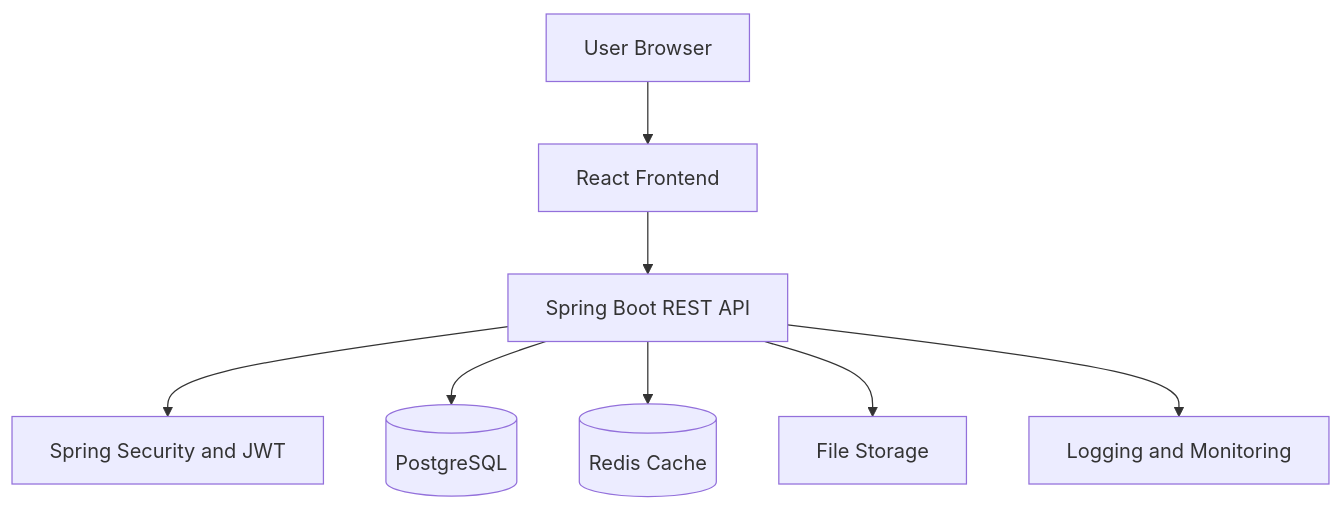
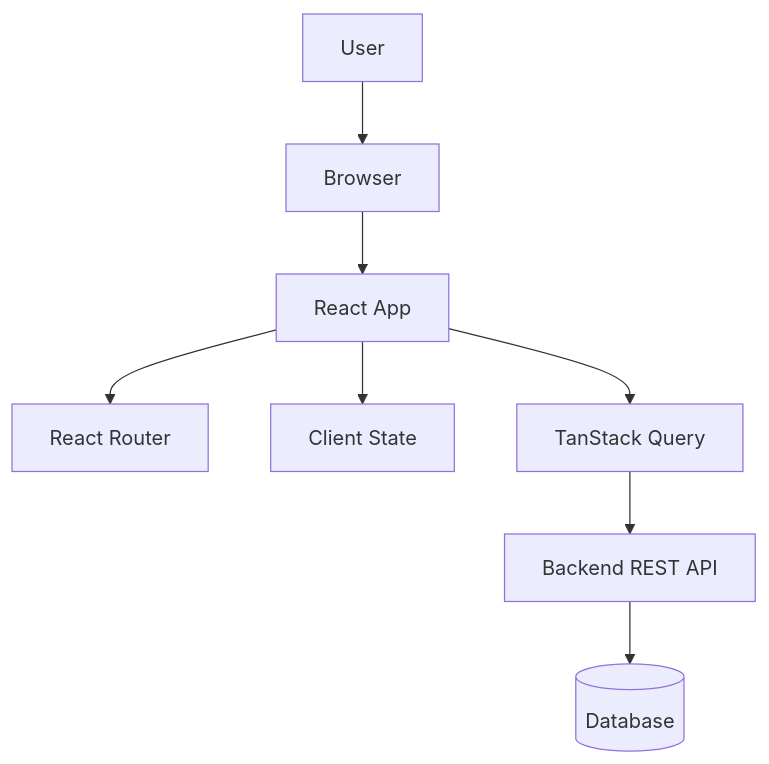
Before and after one commit to mthaiseer/springcloud-systemdesign-notes: the first of 11 diagrams in HLD_NOTES/003_TECHNOLOGY_DEEP_DIVE/fullstack/001_REACT_GUIDE.md, drawn with Mermaid. The commit also changed other lines of this file and 1 other file, not shown here.

````diff
--- a/HLD_NOTES/003_TECHNOLOGY_DEEP_DIVE/fullstack/001_REACT_GUIDE.md
+++ b/HLD_NOTES/003_TECHNOLOGY_DEEP_DIVE/fullstack/001_REACT_GUIDE.md
@@ -77,10 +141,10 @@
 ```mermaid
 flowchart TD
-    User["User Browser"] --> Frontend["React Frontend"]
-    Frontend --> Backend["Spring Boot REST API"]
-    Backend --> Security["Spring Security and JWT"]
-    Backend --> Database[("PostgreSQL")]
-    Backend --> Cache[("Redis Cache")]
-    Backend --> Storage["File Storage"]
-    Backend --> Monitoring["Logging and Monitoring"]
+    User["User"] --> Browser["Browser"]
+    Browser --> ReactApp["React App"]
+    ReactApp --> Router["React Router"]
+    ReactApp --> State["Client State"]
+    ReactApp --> Query["TanStack Query"]
+    Query --> API["Backend REST API"]
+    API --> Database[("Database")]
 ```
````
